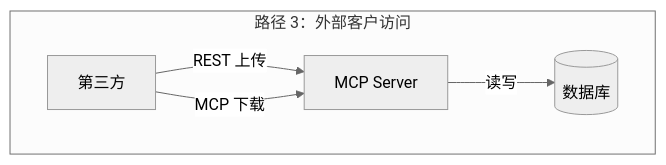
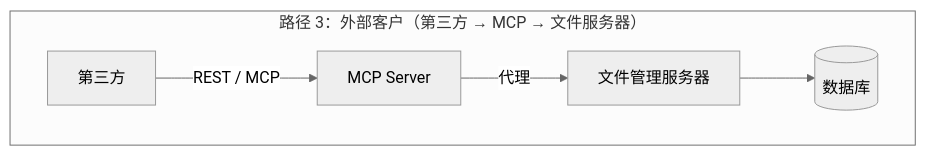
One commit to zhou-tian-yi/laspai-agent-design changed the fourth of 4 diagrams in LASPAI 智能体系统总体设计方案.md. Above: the diagram before and after it, drawn with Mermaid (neutral theme). The commit also changed other lines of this file and 4 other files, not shown here.

````diff
--- a/LASPAI 智能体系统总体设计方案.md
+++ b/LASPAI 智能体系统总体设计方案.md
@@ -176,9 +184,9 @@
 ```mermaid
 flowchart LR
-    subgraph PATH3["路径 3：外部客户访问"]
+    subgraph PATH3["路径 3：外部客户（第三方 → MCP → 文件服务器）"]
         direction LR
-        TP[第三方] -->|"REST 上传"| MCPS[MCP Server]
-        TP -->|"MCP 下载"| MCPS
-        MCPS -->|"读写"| DB3[(数据库)]
+        TP[第三方] -->|"REST / MCP"| MCP3[MCP Server]
+        MCP3 -->|"代理"| FS3[文件管理服务器]
+        FS3 --> DB3[(数据库)]
     end
 ```
````
